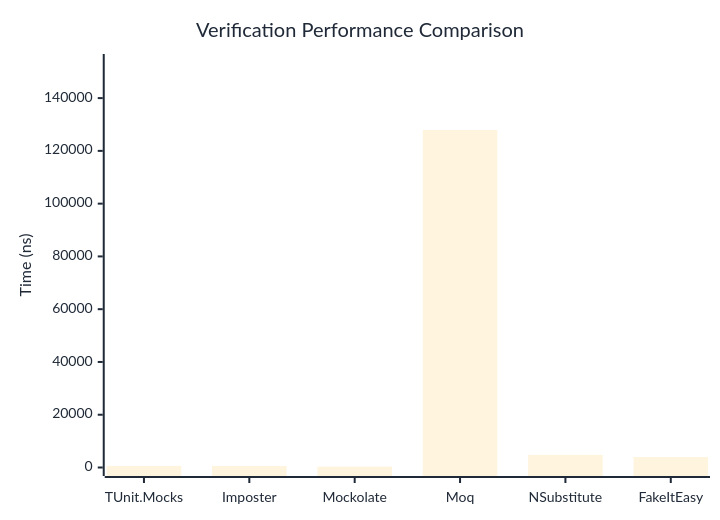
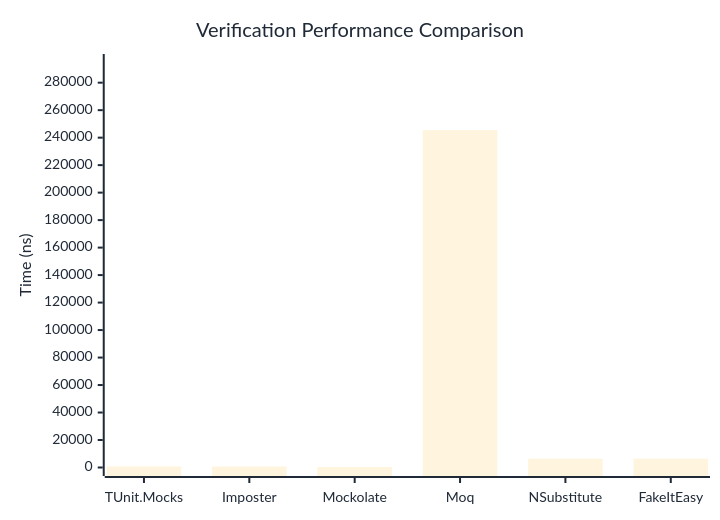
The first of 3 diagrams in docs/docs/benchmarks/mocks/Verification.md (thomhurst/TUnit), drawn with Mermaid before and after one commit. The commit also changed other lines of this file and 14 other files, not shown here.

````diff
--- a/docs/docs/benchmarks/mocks/Verification.md
+++ b/docs/docs/benchmarks/mocks/Verification.md
@@ -30,27 +30,27 @@
 ```mermaid
 %%{init: {
   'theme':'base',
   'themeVariables': {
     'primaryColor': '#2563eb',
     'primaryTextColor': '#1f2937',
     'primaryBorderColor': '#1e40af',
     'lineColor': '#6b7280',
     'secondaryColor': '#7c3aed',
     'tertiaryColor': '#dc2626',
     'background': '#ffffff',
     'pie1': '#2563eb',
     'pie2': '#7c3aed',
     'pie3': '#dc2626',
     'pie4': '#f59e0b',
     'pie5': '#10b981',
     'pie6': '#06b6d4',
     'pie7': '#ec4899',
     'pie8': '#6366f1'
   }
 }}%%
 xychart-beta
   title "Verification Performance Comparison"
   x-axis ["TUnit.Mocks", "Imposter", "Mockolate", "Moq", "NSubstitute", "FakeItEasy"]
-  y-axis "Time (ns)" 0 --> 153494
-  bar [562.79, 569.05, 326.92, 127911.27, 4783.61, 3956.23]
+  y-axis "Time (ns)" 0 --> 294677
+  bar [758.72, 679.02, 397.41, 245563.37, 6397.46, 6404.63]
 ```
````
